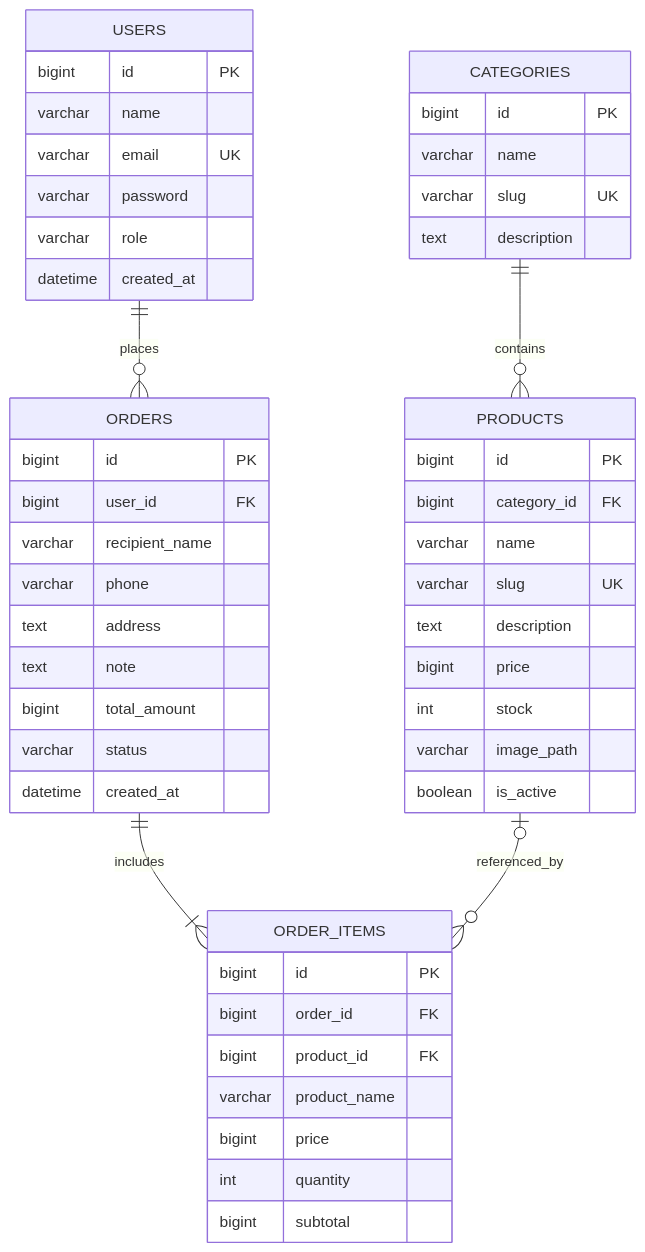
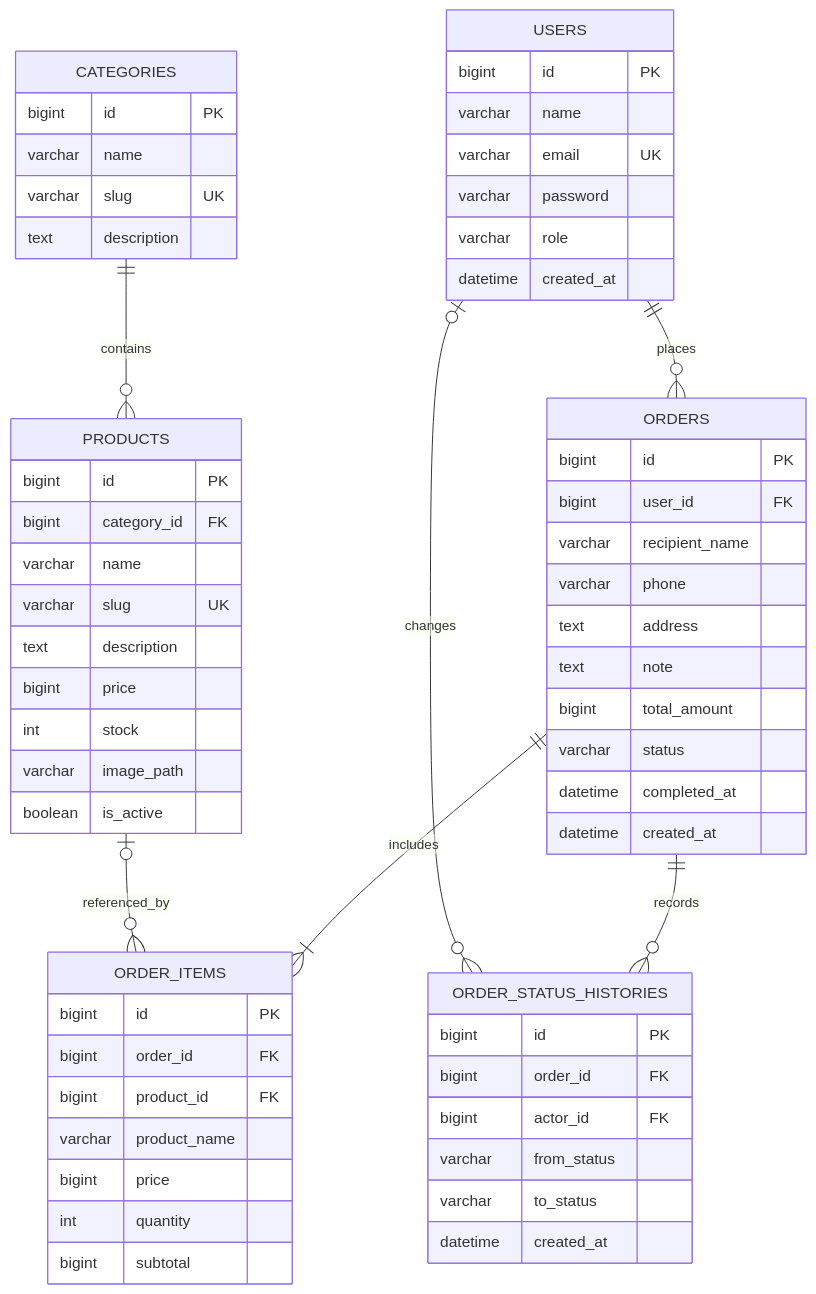
The diagram in docs/02_ERD.mmd (toanhuynh040805-crypto/MaNguonMo_Toan), drawn with Mermaid before and after one commit. The commit also changed 8 other files, not shown here.

Commit message:
docs: align ERD and Use Cases with order audit, print receipts, and test plan; add MIT license

```diff
--- a/docs/02_ERD.mmd
+++ b/docs/02_ERD.mmd
@@ -1,55 +1,67 @@
 erDiagram
     USERS ||--o{ ORDERS : places
     CATEGORIES ||--o{ PRODUCTS : contains
     ORDERS ||--|{ ORDER_ITEMS : includes
     PRODUCTS o|--o{ ORDER_ITEMS : referenced_by
+    ORDERS ||--o{ ORDER_STATUS_HISTORIES : records
+    USERS o|--o{ ORDER_STATUS_HISTORIES : changes
 
     USERS {
         bigint id PK
         varchar name
         varchar email UK
         varchar password
         varchar role
         datetime created_at
     }
 
     CATEGORIES {
         bigint id PK
         varchar name
         varchar slug UK
         text description
     }
 
     PRODUCTS {
         bigint id PK
         bigint category_id FK
         varchar name
         varchar slug UK
         text description
         bigint price
         int stock
         varchar image_path
         boolean is_active
     }
 
     ORDERS {
         bigint id PK
         bigint user_id FK
         varchar recipient_name
         varchar phone
         text address
         text note
         bigint total_amount
         varchar status
+        datetime completed_at
+        datetime created_at
+    }
+
+    ORDER_STATUS_HISTORIES {
+        bigint id PK
+        bigint order_id FK
+        bigint actor_id FK
+        varchar from_status
+        varchar to_status
         datetime created_at
     }
 
     ORDER_ITEMS {
         bigint id PK
         bigint order_id FK
         bigint product_id FK
         varchar product_name
         bigint price
         int quantity
         bigint subtotal
     }
```
